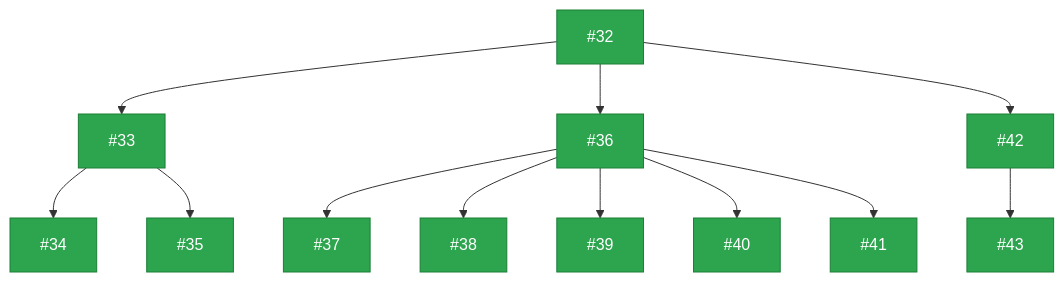
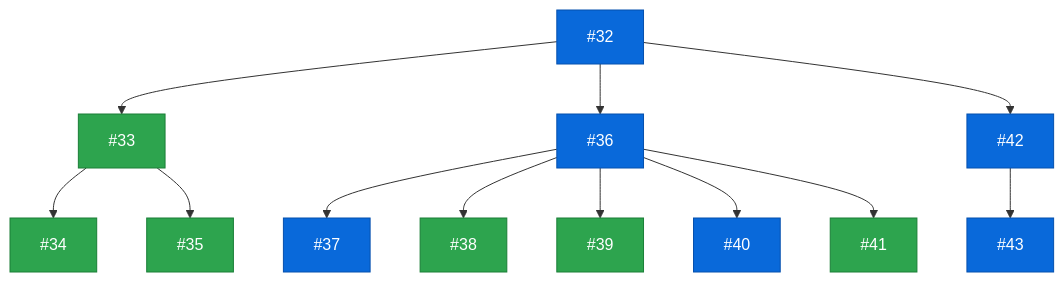
The fifth of 9 diagrams in README.md (zappfish/zapp-requirements-tracker), drawn with Mermaid before and after one commit. The commit also changed other lines of this file, not shown here.

Commit message:
Update WBS diagram colors to match project board statuses

````diff
--- a/README.md
+++ b/README.md
@@ -239,43 +239,43 @@
 ```mermaid
 graph TD
-    R3["#32"]:::backlog
+    R3["#32"]:::upnext
 
     R3A["#33"]:::backlog
-    R3B["#36"]:::backlog
-    R3C["#42"]:::backlog
+    R3B["#36"]:::upnext
+    R3C["#42"]:::upnext
     R3 --> R3A & R3B & R3C
 
     R3A1["#34"]:::backlog
     R3A2["#35"]:::backlog
     R3A --> R3A1 & R3A2
 
-    R3B1["#37"]:::backlog
+    R3B1["#37"]:::upnext
     R3B2["#38"]:::backlog
     R3B3["#39"]:::backlog
-    R3B4["#40"]:::backlog
+    R3B4["#40"]:::upnext
     R3B5["#41"]:::backlog
     R3B --> R3B1 & R3B2 & R3B3 & R3B4 & R3B5
 
-    R3C1["#43"]:::backlog
+    R3C1["#43"]:::upnext
     R3C --> R3C1
 
     click R3 href "https://github.com/zappfish/zapp-requirements-tracker/issues/32" _blank
     click R3A href "https://github.com/zappfish/zapp-requirements-tracker/issues/33" _blank
     click R3B href "https://github.com/zappfish/zapp-requirements-tracker/issues/36" _blank
     click R3C href "https://github.com/zappfish/zapp-requirements-tracker/issues/42" _blank
     click R3A1 href "https://github.com/zappfish/zapp-requirements-tracker/issues/34" _blank
     click R3A2 href "https://github.com/zappfish/zapp-requirements-tracker/issues/35" _blank
     click R3B1 href "https://github.com/zappfish/zapp-requirements-tracker/issues/37" _blank
     click R3B2 href "https://github.com/zappfish/zapp-requirements-tracker/issues/38" _blank
     click R3B3 href "https://github.com/zappfish/zapp-requirements-tracker/issues/39" _blank
     click R3B4 href "https://github.com/zappfish/zapp-requirements-tracker/issues/40" _blank
     click R3B5 href "https://github.com/zappfish/zapp-requirements-tracker/issues/41" _blank
     click R3C1 href "https://github.com/zappfish/zapp-requirements-tracker/issues/43" _blank
 
     classDef backlog fill:#2da44e,stroke:#1a7f37,color:#fff
     classDef upnext fill:#0969da,stroke:#0550ae,color:#fff
     classDef inprogress fill:#bf8700,stroke:#9a6700,color:#fff
     classDef inreview fill:#8250df,stroke:#6639ba,color:#fff
     classDef stable fill:#bf3989,stroke:#99306f,color:#fff
     classDef done fill:#bc4c00,stroke:#953800,color:#fff
 ```
````
